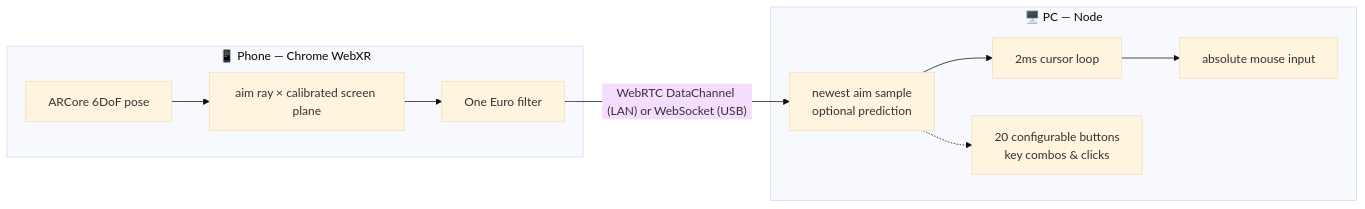
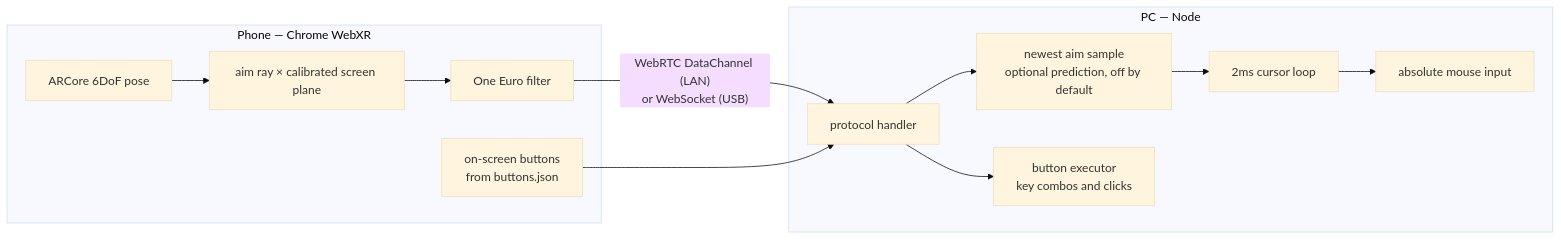
One commit to ggcaponetto/point-bang changed the diagram in README.md. Above: the diagram before and after it, drawn with Mermaid (base theme). The commit also changed other lines of this file, not shown here.

First line of the commit message:
docs: correct the architecture diagram, drop README emoji

````diff
--- a/README.md
+++ b/README.md
@@ -55,13 +57,16 @@
 ```mermaid
 flowchart LR
-    subgraph phone [📱 Phone — Chrome WebXR]
+    subgraph phone [Phone — Chrome WebXR]
         A[ARCore 6DoF pose] --> B[aim ray × calibrated screen plane]
         B --> C[One Euro filter]
+        H[on-screen buttons<br/>from buttons.json]
     end
-    C -- "WebRTC DataChannel (LAN) or WebSocket (USB)" --> D
-    subgraph pc [🖥️ PC — Node]
-        D[newest aim sample<br/>optional prediction] --> E[2ms cursor loop]
-        E --> F[absolute mouse input]
-        D -.-> G[20 configurable buttons<br/>key combos & clicks]
+    C -- "WebRTC DataChannel (LAN)<br/>or WebSocket (USB)" --> D
+    H --> D
+    subgraph pc [PC — Node]
+        D[protocol handler] --> E[newest aim sample<br/>optional prediction, off by default]
+        E --> F[2ms cursor loop]
+        F --> G[absolute mouse input]
+        D --> I[button executor<br/>key combos and clicks]
     end
 ```
````
